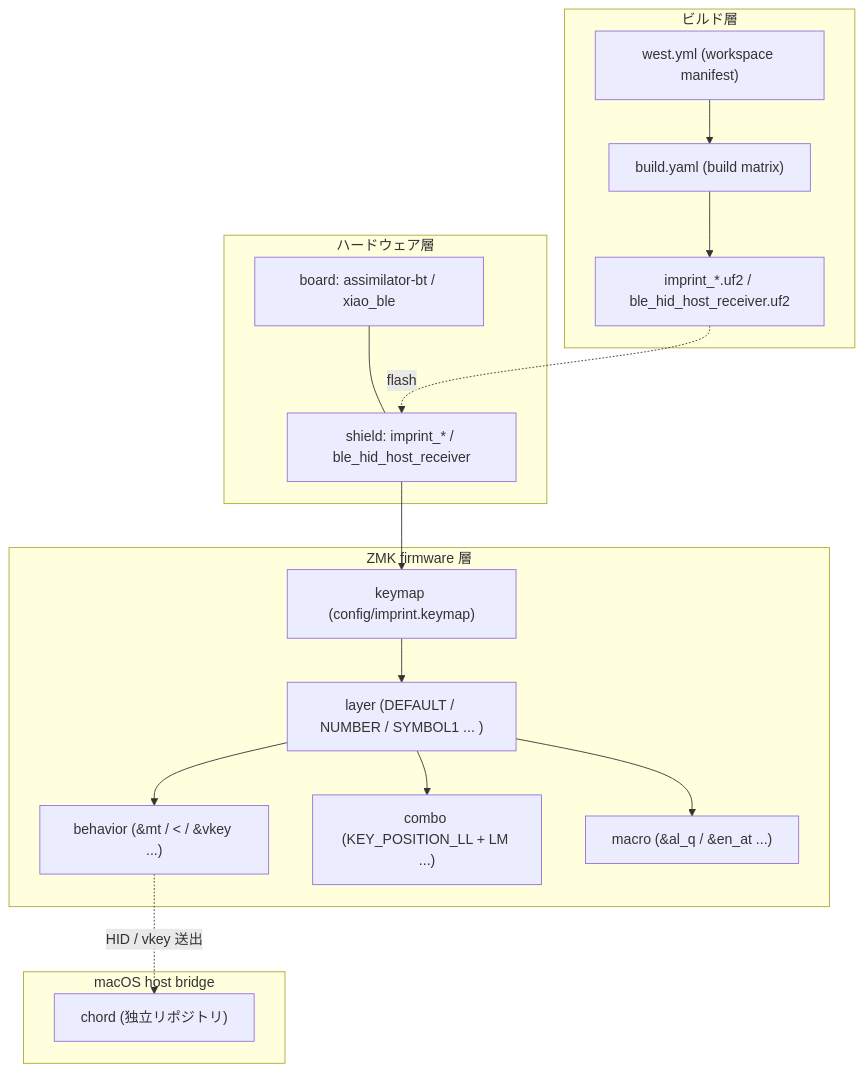
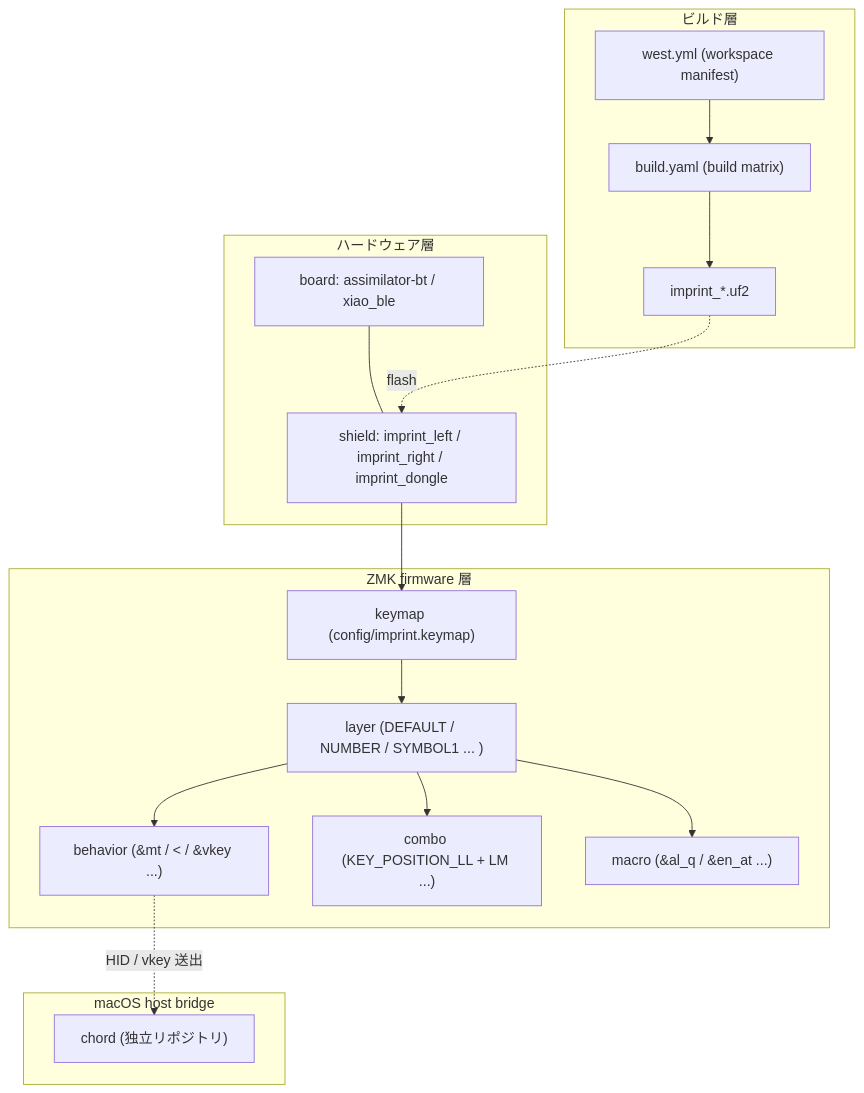
One commit to akira-toriyama/canon changed the diagram in docs/glossary.md. Above: the diagram before and after it, drawn with Mermaid. The commit also changed other lines of this file and 20 other files, not shown here.

````diff
--- a/docs/glossary.md
+++ b/docs/glossary.md
@@ -34,32 +34,32 @@
 ```mermaid
 flowchart TB
   subgraph HW["ハードウェア層"]
     BOARD["board: assimilator-bt / xiao_ble"]
-    SHIELD["shield: imprint_* / ble_hid_host_receiver"]
+    SHIELD["shield: imprint_left / imprint_right / imprint_dongle"]
   end
   subgraph FW["ZMK firmware 層"]
     KEYMAP["keymap (config/imprint.keymap)"]
     LAYER["layer (DEFAULT / NUMBER / SYMBOL1 ... )"]
     BEHAVIOR["behavior (&mt / &lt / &vkey ...)"]
     COMBO["combo (KEY_POSITION_LL + LM ...)"]
     MACRO["macro (&al_q / &en_at ...)"]
   end
   subgraph BUILD["ビルド層"]
     WEST["west.yml (workspace manifest)"]
     BUILDYAML["build.yaml (build matrix)"]
-    UF2["imprint_*.uf2 / ble_hid_host_receiver.uf2"]
+    UF2["imprint_*.uf2"]
   end
   subgraph HOST["macOS host bridge"]
     CHORD["chord (独立リポジトリ)"]
   end
   BOARD --- SHIELD
   SHIELD --> KEYMAP
   KEYMAP --> LAYER
   LAYER --> BEHAVIOR
   LAYER --> COMBO
   LAYER --> MACRO
   WEST --> BUILDYAML
   BUILDYAML --> UF2
   UF2 -.flash.-> SHIELD
   BEHAVIOR -.HID / vkey 送出.-> CHORD
 ```
````
